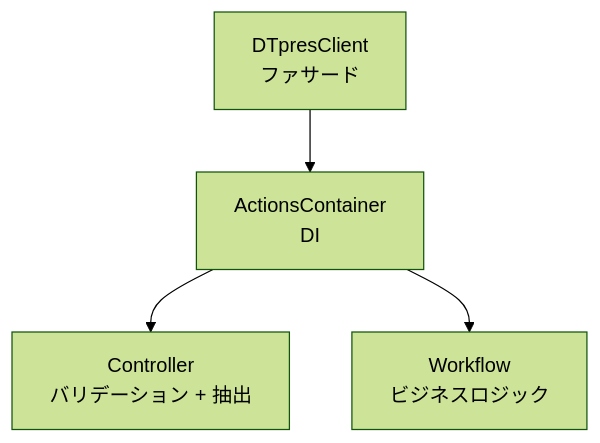
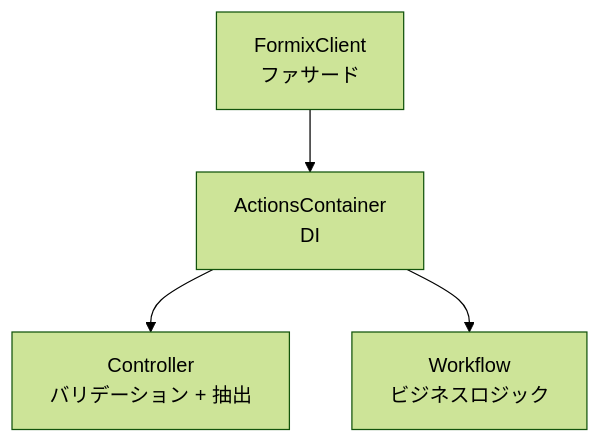
Before and after one commit to shodaimomiyama/D-TPRES: the diagram in docs/client/actions.md, drawn with Mermaid (forest theme). The commit also changed other lines of this file and 4 other files, not shown here.

First line of the commit message:
Rename DTpresClient to FormixClient across the codebase

````diff
--- a/docs/client/actions.md
+++ b/docs/client/actions.md
@@ -9,6 +9,6 @@
 ```mermaid
 graph TD
-    D[DTpresClient<br/>ファサード] --> AC[ActionsContainer<br/>DI]
+    D[FormixClient<br/>ファサード] --> AC[ActionsContainer<br/>DI]
     AC --> C[Controller<br/>バリデーション + 抽出]
     AC --> W[Workflow<br/>ビジネスロジック]
 ```
````
